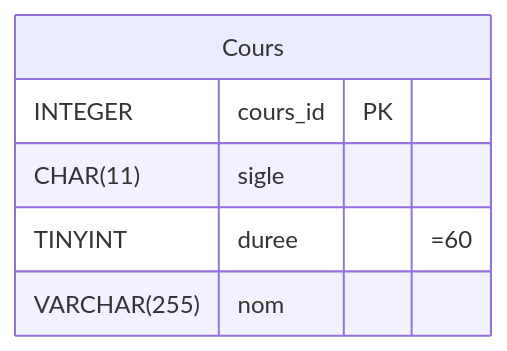
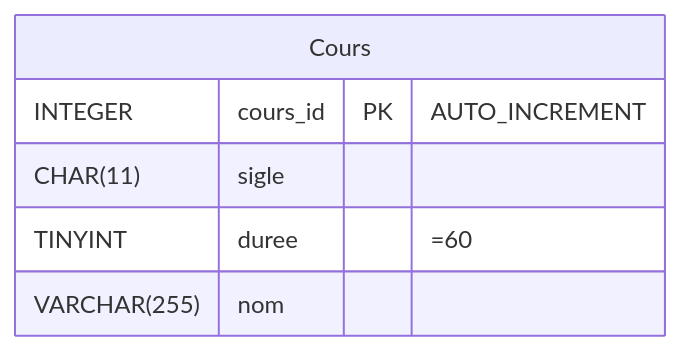
Before and after one commit to TousignantSimon-BD1/TousignantSimon-BD1.github.io: the eighth of 8 diagrams in docs/notes_de_cours/section_1.4.md, drawn with Mermaid. The commit also changed other lines of this file, not shown here.

Commit message:
ajustement pour auto-increment dans les diagrammes de modification de tables

````diff
--- a/docs/notes_de_cours/section_1.4.md
+++ b/docs/notes_de_cours/section_1.4.md
@@ -288,9 +288,9 @@
 ``` mermaid
 erDiagram 
     q[Cours] {
-        INTEGER cours_id PK
+        INTEGER cours_id PK "AUTO_INCREMENT"
         CHAR(11) sigle
         TINYINT duree "=60"
         VARCHAR(255) nom
     }
 ```
````
